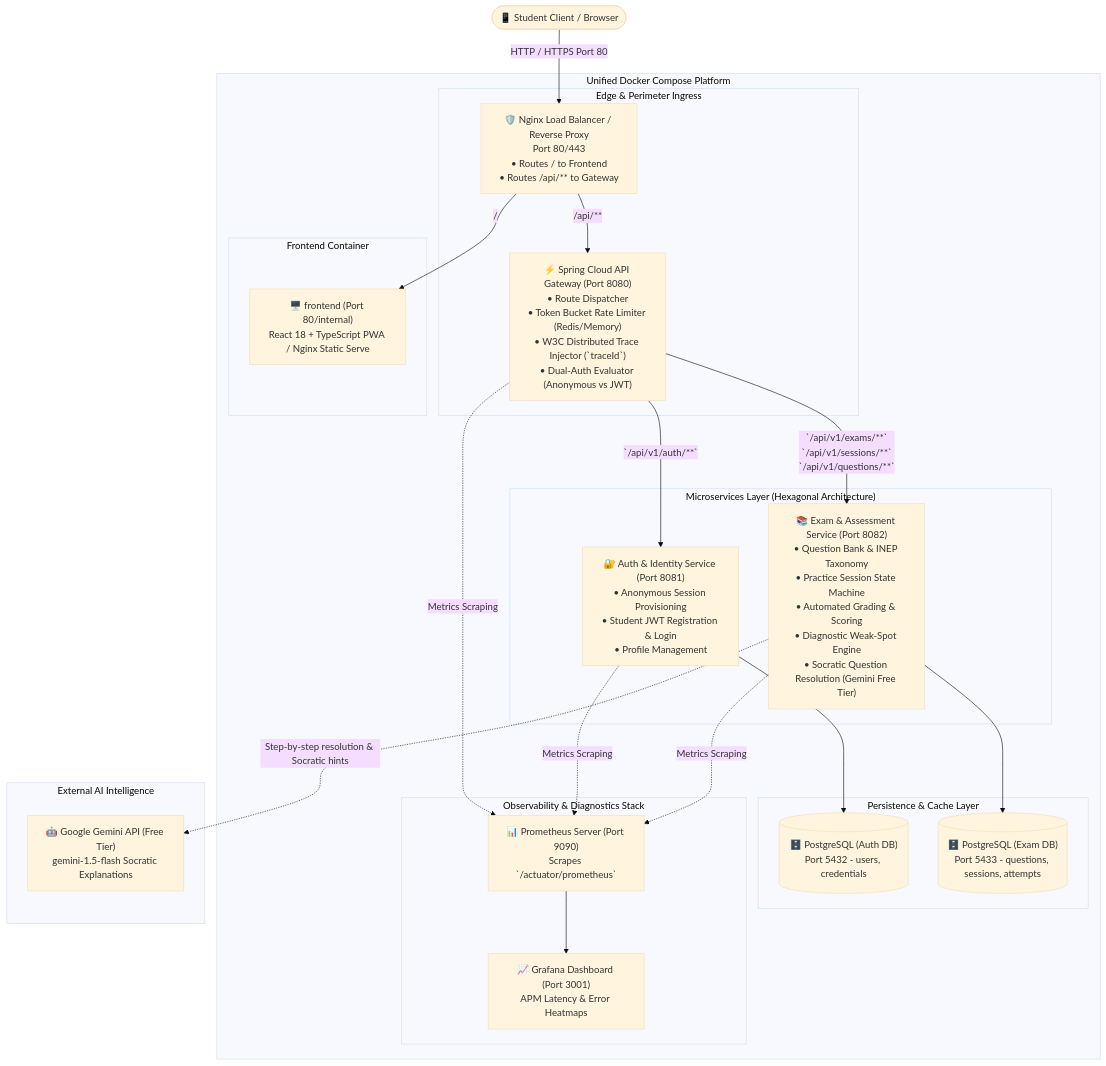
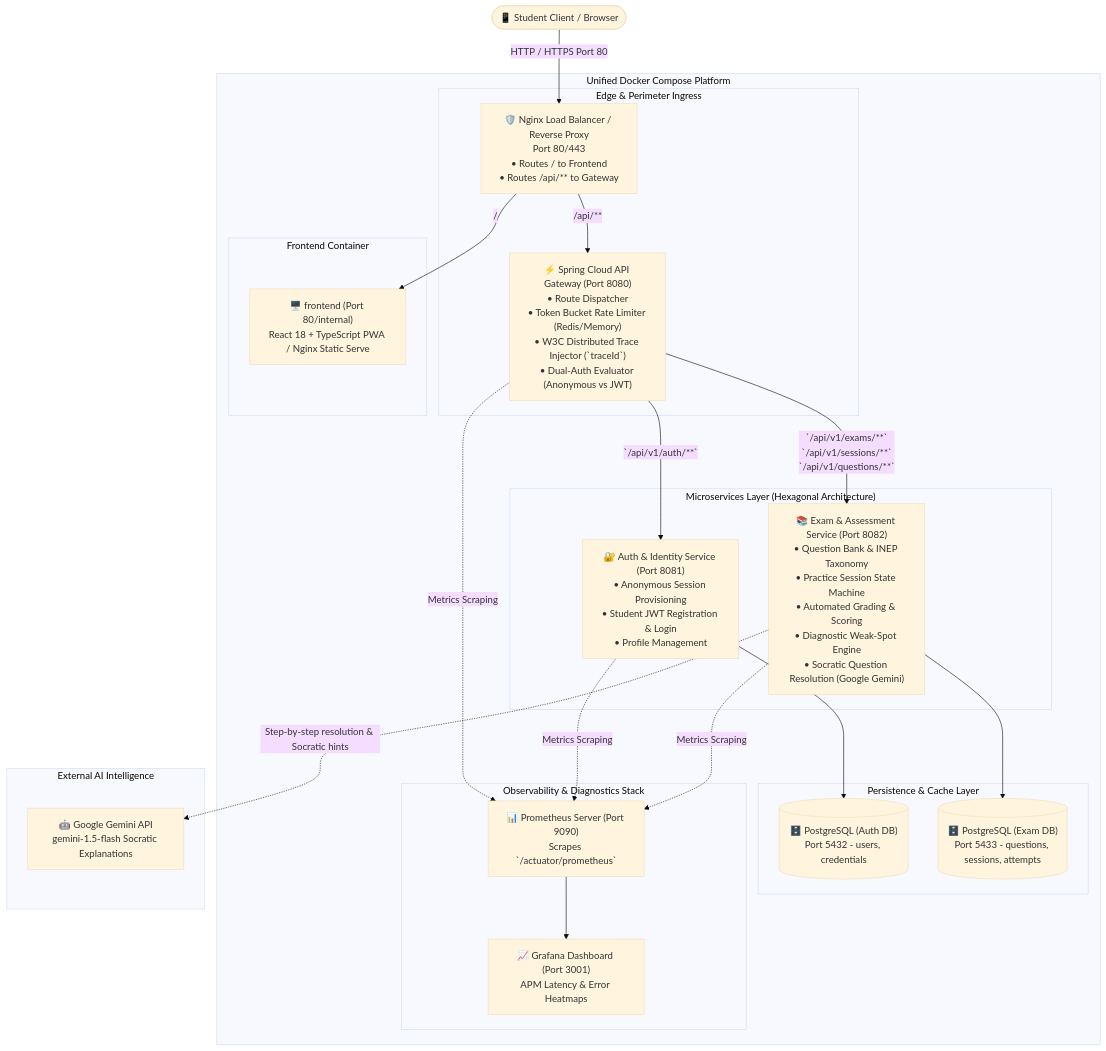
The first of 6 diagrams in docs/sprint-1/03-system-architecture.md (Veras-D/AprovaENEM), drawn with Mermaid (base theme) before and after one commit. The commit also changed other lines of this file and 6 other files, not shown here.

Commit message:
docs: refine Gemini API architecture and rate limiting specifications

````diff
--- a/docs/sprint-1/03-system-architecture.md
+++ b/docs/sprint-1/03-system-architecture.md
@@ -15,50 +15,50 @@
 ```mermaid
 flowchart TD
     User([📱 Student Client / Browser])
     
     subgraph DockerComposePlatform ["Unified Docker Compose Platform"]
         subgraph Perimeter ["Edge & Perimeter Ingress"]
             LB["🛡️ Nginx Load Balancer / Reverse Proxy<br/>Port 80/443<br/>• Routes / to Frontend<br/>• Routes /api/** to Gateway"]
             APIGW["⚡ Spring Cloud API Gateway (Port 8080)<br/>• Route Dispatcher<br/>• Token Bucket Rate Limiter (Redis/Memory)<br/>• W3C Distributed Trace Injector (`traceId`)<br/>• Dual-Auth Evaluator (Anonymous vs JWT)"]
         end
 
         subgraph FrontendLayer ["Frontend Container"]
             FrontendUI["🖥️ frontend (Port 80/internal)<br/>React 18 + TypeScript PWA / Nginx Static Serve"]
         end
 
         subgraph Services ["Microservices Layer (Hexagonal Architecture)"]
             AuthSvc["🔐 Auth & Identity Service (Port 8081)<br/>• Anonymous Session Provisioning<br/>• Student JWT Registration & Login<br/>• Profile Management"]
-            ExamSvc["📚 Exam & Assessment Service (Port 8082)<br/>• Question Bank & INEP Taxonomy<br/>• Practice Session State Machine<br/>• Automated Grading & Scoring<br/>• Diagnostic Weak-Spot Engine<br/>• Socratic Question Resolution (Gemini Free Tier)"]
+            ExamSvc["📚 Exam & Assessment Service (Port 8082)<br/>• Question Bank & INEP Taxonomy<br/>• Practice Session State Machine<br/>• Automated Grading & Scoring<br/>• Diagnostic Weak-Spot Engine<br/>• Socratic Question Resolution (Google Gemini)"]
         end
 
         subgraph DataLayer ["Persistence & Cache Layer"]
             PostgresAuth[("🗄️ PostgreSQL (Auth DB)<br/>Port 5432 - users, credentials")]
             PostgresExam[("🗄️ PostgreSQL (Exam DB)<br/>Port 5433 - questions, sessions, attempts")]
         end
 
         subgraph ObservabilityStack ["Observability & Diagnostics Stack"]
             Prometheus["📊 Prometheus Server (Port 9090)<br/>Scrapes `/actuator/prometheus`"]
             Grafana["📈 Grafana Dashboard (Port 3001)<br/>APM Latency & Error Heatmaps"]
         end
     end
 
     subgraph ExternalAI ["External AI Intelligence"]
-        GeminiAPI["🤖 Google Gemini API (Free Tier)<br/>gemini-1.5-flash Socratic Explanations"]
+        GeminiAPI["🤖 Google Gemini API<br/>gemini-1.5-flash Socratic Explanations"]
     end
 
     User -->|HTTP / HTTPS Port 80| LB
     LB -->|/| FrontendUI
     LB -->|/api/**| APIGW
     
     APIGW -->|`/api/v1/auth/**`| AuthSvc
     APIGW -->|`/api/v1/exams/**`<br/>`/api/v1/sessions/**`<br/>`/api/v1/questions/**`| ExamSvc
 
     AuthSvc --> PostgresAuth
     ExamSvc --> PostgresExam
     ExamSvc -.->|Step-by-step resolution & Socratic hints| GeminiAPI
 
     APIGW -.->|Metrics Scraping| Prometheus
     AuthSvc -.->|Metrics Scraping| Prometheus
     ExamSvc -.->|Metrics Scraping| Prometheus
     Prometheus --> Grafana
 ```
````
